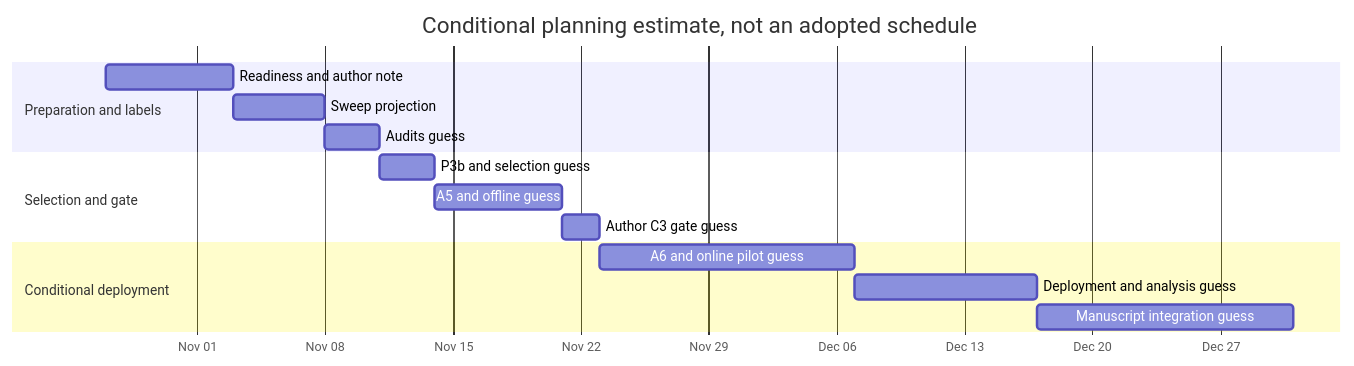
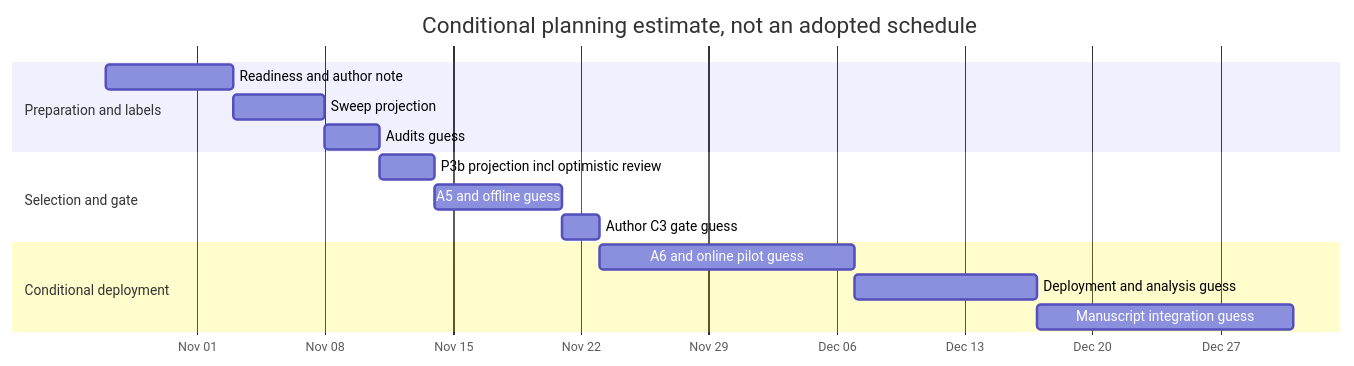
Before and after one commit to dowlingwong/Agent_paper_B: the diagram in docs/r1/proposals/ICML_REPLAN_20261027.md, drawn with Mermaid. The commit also changed other lines of this file, not shown here.

First line of the commit message:
Bound full-route timeline assumptions

````diff
--- a/docs/r1/proposals/ICML_REPLAN_20261027.md
+++ b/docs/r1/proposals/ICML_REPLAN_20261027.md
@@ -29,20 +29,20 @@
 ```mermaid
 gantt
     accTitle: Conditional Critical Path Estimate
     accDescr: An optimistic proposal from host readiness to manuscript integration, using guessed durations and a projected sweep duration; author gates and any failures can extend or stop it.
     title Conditional planning estimate, not an adopted schedule
     dateFormat YYYY-MM-DD
     axisFormat %b %d
     section Preparation and labels
         Readiness and author note :p0, 2026-10-27, 7d
         Sweep projection :p1, after p0, 5d
         Audits guess :p2, after p1, 3d
     section Selection and gate
-        P3b and selection guess :p3, after p2, 3d
+        P3b projection incl optimistic review :p3, after p2, 3d
         A5 and offline guess :p4, after p3, 7d
         Author C3 gate guess :p5, after p4, 2d
     section Conditional deployment
         A6 and online pilot guess :p6, after p5, 14d
         Deployment and analysis guess :p7, after p6, 10d
         Manuscript integration guess :p8, after p7, 14d
 ```
````
